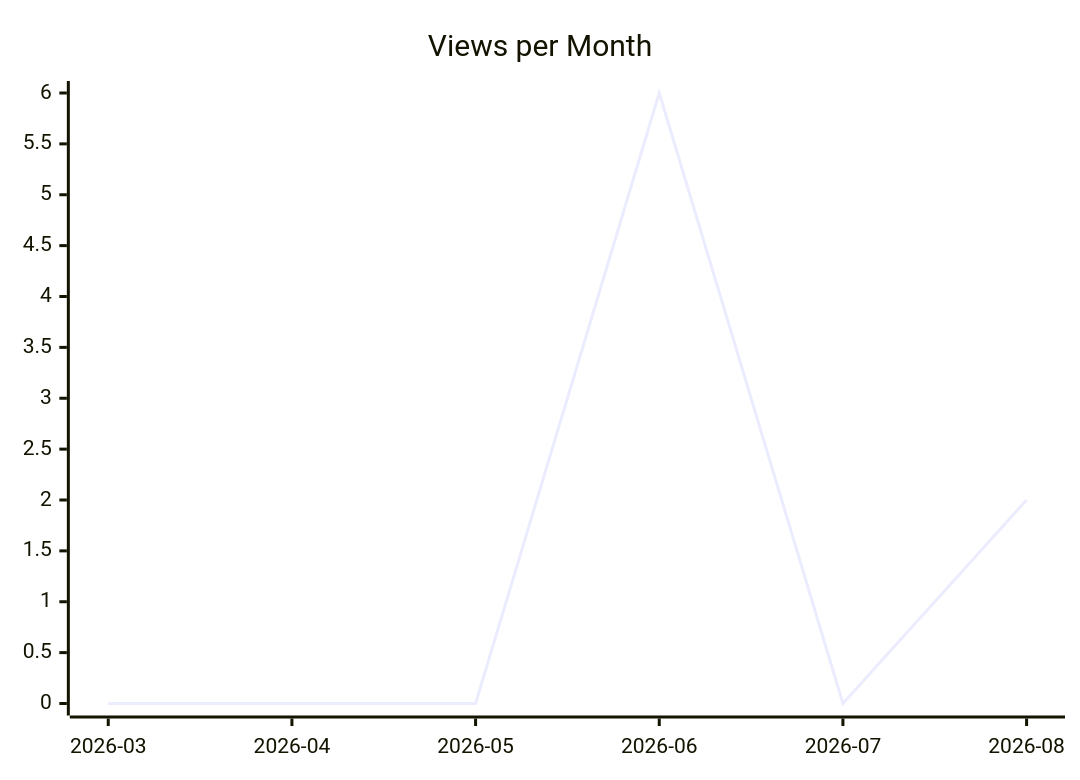
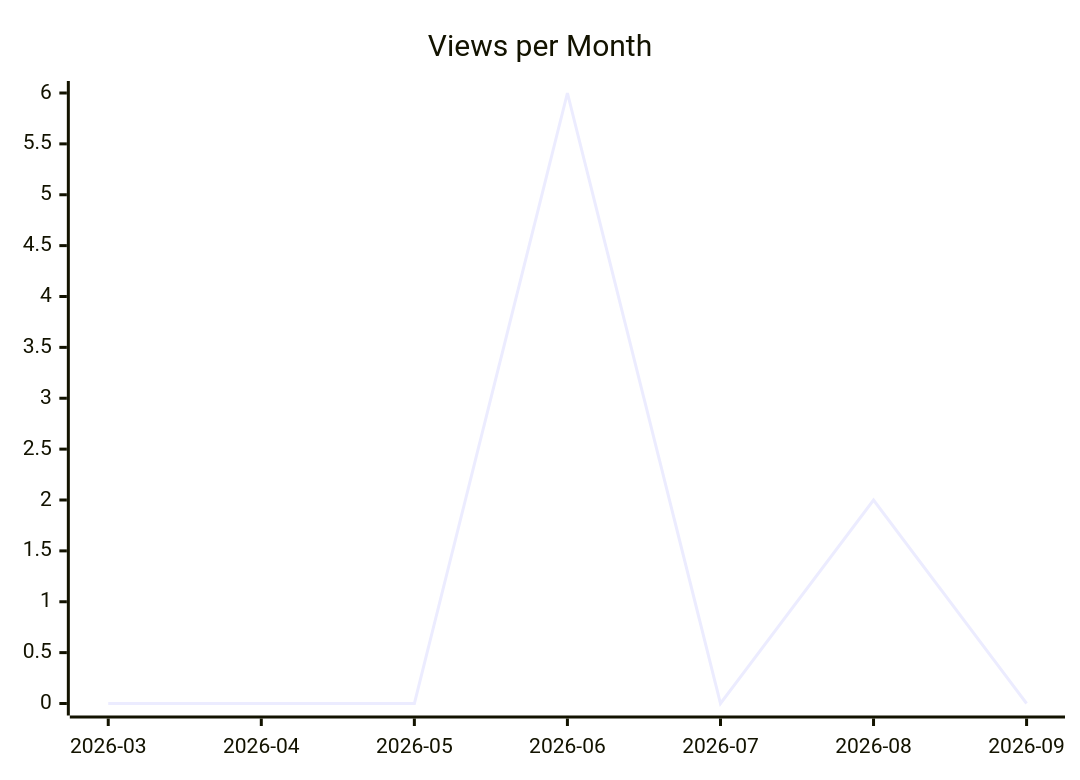
The second of 3 diagrams in karlmdavis/ansible-role-ldap/README.md (justdavis-family/github-analytics-data), drawn with Mermaid before and after one commit. The commit also changed other lines of this file and 191 other files, not shown here.

````diff
--- a/karlmdavis/ansible-role-ldap/README.md
+++ b/karlmdavis/ansible-role-ldap/README.md
@@ -12,6 +12,6 @@
 ```mermaid
 xychart-beta
   title "Views per Month"
-  x-axis ["2026-03", "2026-04", "2026-05", "2026-06", "2026-07", "2026-08"]
-  line [0, 0, 0, 6, 0, 2]
+  x-axis ["2026-03", "2026-04", "2026-05", "2026-06", "2026-07", "2026-08", "2026-09"]
+  line [0, 0, 0, 6, 0, 2, 0]
 ```
````
